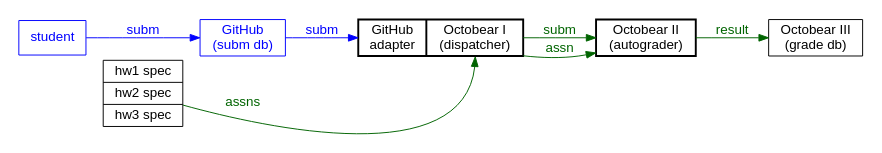
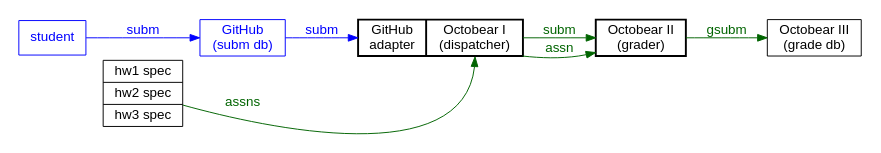
Before and after one commit to commongrader/spec: the diagram in assets/flow-github-octobear.gv, drawn with Graphviz. The commit also changed 10 other files, not shown here.

```diff
--- a/assets/flow-github-octobear.gv
+++ b/assets/flow-github-octobear.gv
@@ -1,37 +1,37 @@
 digraph Diagram {
     // -- COMMON -- //
     rankdir = LR;
     node [fontname=Helvetica shape=record];
     edge [fontname=Helvetica];
     graph [dpi=50];
 
     subgraph external {
         node[color=blue fontcolor=blue];
         edge[color=blue fontcolor=blue];
     }
     subgraph internal {
         edge[color=darkgreen fontcolor=darkgreen];
     }
     // -- COMMON -- //
     
     subgraph external {
         student [label="student"];
         subm_db [label="GitHub\n(subm db)"];
     }
     subgraph internal {
         custom1 [label="{ GitHub\nadapter | <actual> Octobear I\n(dispatcher) }" style=bold];
         assns [label="<hw1> hw1 spec | <hw2> hw2 spec | <hw3> hw3 spec"];
-        custom2 [label="Octobear II\n(autograder)" style=bold];
+        custom2 [label="Octobear II\n(grader)" style=bold];
         grade_db [label="Octobear III\n(grade db)"];
     }
     subgraph external {
         student -> subm_db [label="subm"];
         subm_db -> custom1 [label="subm"];
     }
     subgraph internal {
         custom1 -> custom2 [label="subm"];
         custom1 -> custom2 [label="assn"];
         assns -> custom1:actual [label="assns" weight=0];
-        custom2 -> grade_db [label="result"];
+        custom2 -> grade_db [label="gsubm"];
     }
 }
```
